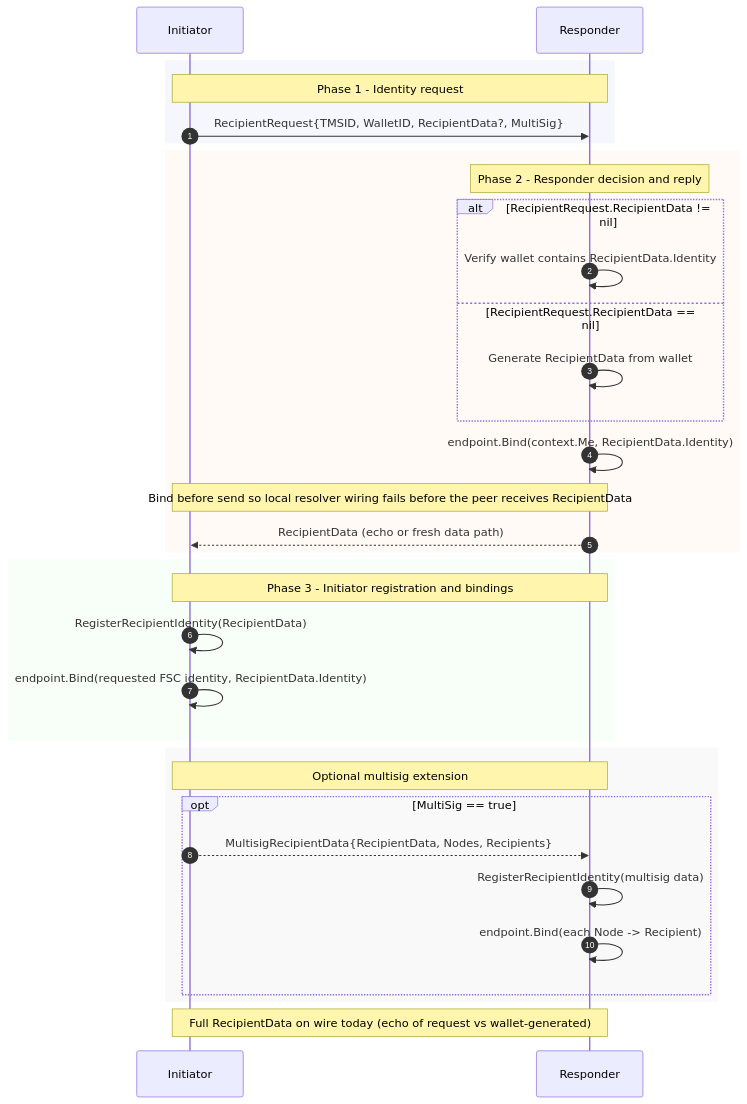
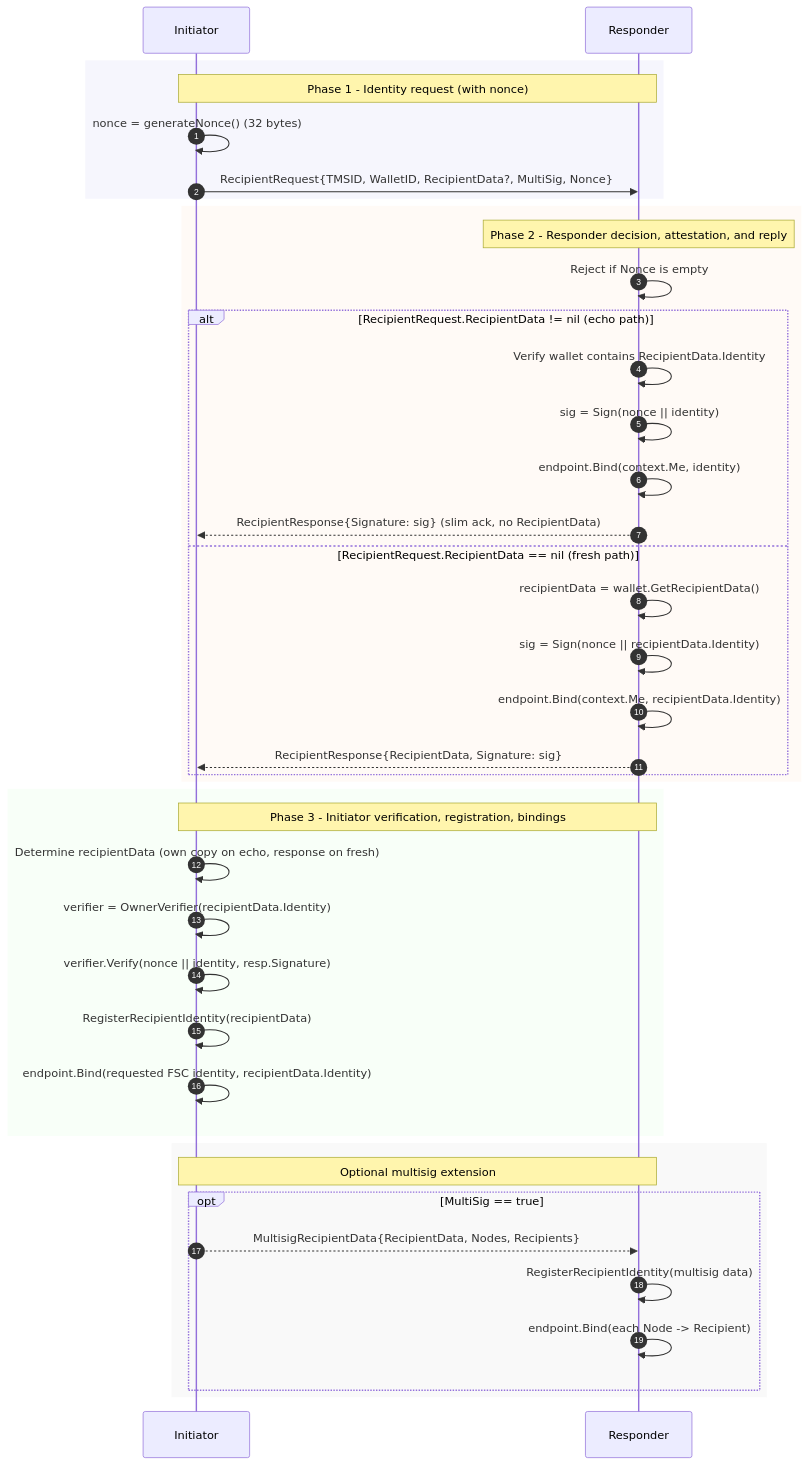
The second of 9 diagrams in docs/services/ttx.md (hyperledger-labs/fabric-token-sdk), drawn with Mermaid before and after one commit. The commit also changed other lines of this file and 5 other files, not shown here.

First line of the commit message:
feat(ttx): recipient wire hardening — slim echo + nonce/signature binding (#1652 M3)

````diff
--- a/docs/services/ttx.md
+++ b/docs/services/ttx.md
@@ -91,40 +91,46 @@
 ```mermaid
 sequenceDiagram
     autonumber
     participant I as Initiator
     participant R as Responder
 
     rect rgba(230, 230, 250, 0.35)
-        Note over I,R: Phase 1 - Identity request
-        I->>R: RecipientRequest{TMSID, WalletID, RecipientData?, MultiSig}
+        Note over I,R: Phase 1 - Identity request (with nonce)
+        I->>I: nonce = generateNonce() (32 bytes)
+        I->>R: RecipientRequest{TMSID, WalletID, RecipientData?, MultiSig, Nonce}
     end
 
     rect rgba(255, 245, 238, 0.5)
-        Note over R: Phase 2 - Responder decision and reply
-        alt RecipientRequest.RecipientData != nil
+        Note over R: Phase 2 - Responder decision, attestation, and reply
+        R->>R: Reject if Nonce is empty
+        alt RecipientRequest.RecipientData != nil (echo path)
             R->>R: Verify wallet contains RecipientData.Identity
-        else RecipientRequest.RecipientData == nil
-            R->>R: Generate RecipientData from wallet
+            R->>R: sig = Sign(nonce || identity)
+            R->>R: endpoint.Bind(context.Me, identity)
+            R-->>I: RecipientResponse{Signature: sig} (slim ack, no RecipientData)
+        else RecipientRequest.RecipientData == nil (fresh path)
+            R->>R: recipientData = wallet.GetRecipientData()
+            R->>R: sig = Sign(nonce || recipientData.Identity)
+            R->>R: endpoint.Bind(context.Me, recipientData.Identity)
+            R-->>I: RecipientResponse{RecipientData, Signature: sig}
         end
-        R->>R: endpoint.Bind(context.Me, RecipientData.Identity)
-        Note over R,I: Bind before send so local resolver wiring fails before the peer receives RecipientData
-        R-->>I: RecipientData (echo or fresh data path)
     end
 
     rect rgba(240, 255, 240, 0.45)
-        Note over I,R: Phase 3 - Initiator registration and bindings
-        I->>I: RegisterRecipientIdentity(RecipientData)
-        I->>I: endpoint.Bind(requested FSC identity, RecipientData.Identity)
+        Note over I,R: Phase 3 - Initiator verification, registration, bindings
+        I->>I: Determine recipientData (own copy on echo, response on fresh)
+        I->>I: verifier = OwnerVerifier(recipientData.Identity)
+        I->>I: verifier.Verify(nonce || identity, resp.Signature)
+        I->>I: RegisterRecipientIdentity(recipientData)
+        I->>I: endpoint.Bind(requested FSC identity, recipientData.Identity)
     end
 
     rect rgba(245, 245, 245, 0.55)
         Note over I,R: Optional multisig extension
         opt MultiSig == true
             I-->>R: MultisigRecipientData{RecipientData, Nodes, Recipients}
             R->>R: RegisterRecipientIdentity(multisig data)
             R->>R: endpoint.Bind(each Node -> Recipient)
         end
     end
-
-    Note over I,R: Full RecipientData on wire today (echo of request vs wallet-generated)
 ```
````
